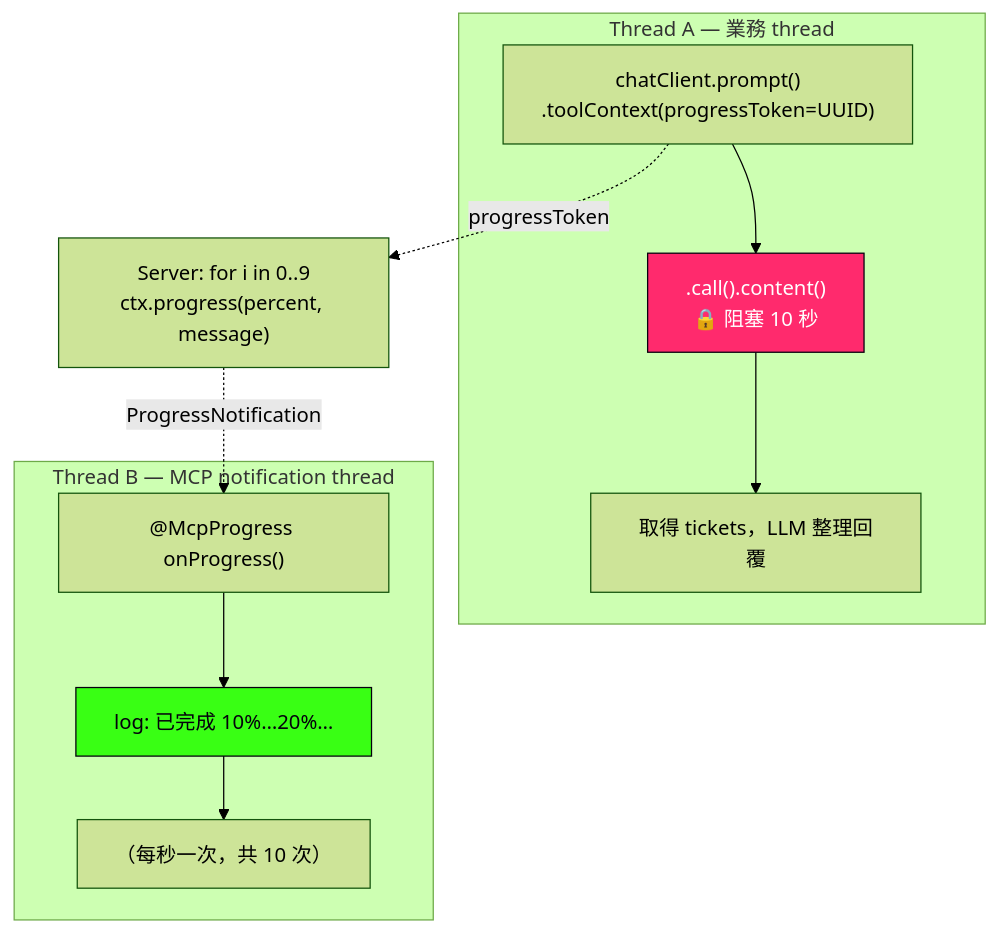
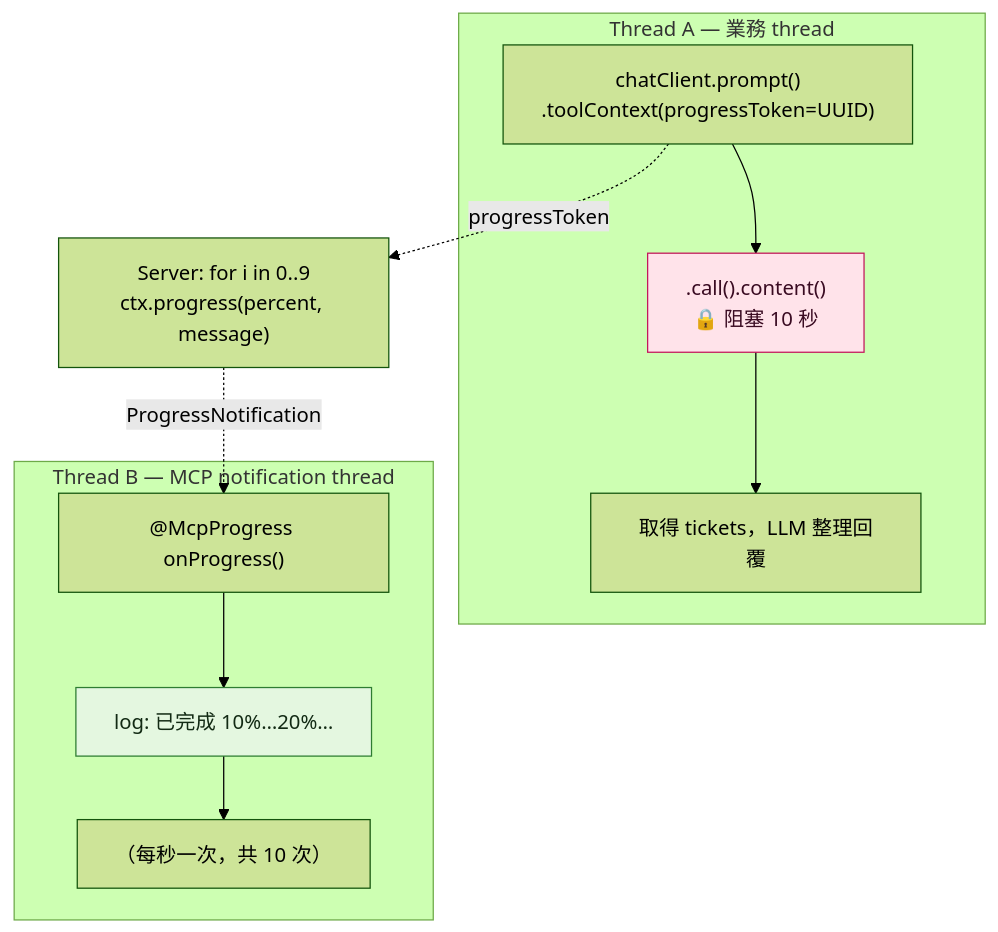
The third of 4 diagrams in README.md (tonysk0210/springai-mcp-stdio), drawn with Mermaid (forest theme) before and after one commit. The commit also changed other lines of this file, not shown here.

````diff
--- a/README.md
+++ b/README.md
@@ -143,17 +143,17 @@
 ```mermaid
 flowchart TB
     subgraph T1["Thread A — 業務 thread"]
         A1["chatClient.prompt()<br/>.toolContext(progressToken=UUID)"] --> A2[".call().content()<br/>🔒 阻塞 10 秒"]
         A2 --> A3["取得 tickets，LLM 整理回覆"]
     end
     subgraph T2["Thread B — MCP notification thread"]
         B1["@McpProgress onProgress()"] --> B2["log: 已完成 10%…20%…"]
         B2 --> B3["（每秒一次，共 10 次）"]
     end
     S["Server: for i in 0..9<br/>ctx.progress(percent, message)"]
     A1 -.progressToken.-> S
     S -.ProgressNotification.-> B1
 
-    style A2 fill:#ff2a6d,stroke:#05010d,color:#ffffff
-    style B2 fill:#39ff14,stroke:#05010d,color:#05010d
+    style A2 fill:#ffe3ea,stroke:#c2185b,color:#3a0b22
+    style B2 fill:#e4f7e0,stroke:#2e7d32,color:#122a14
 ```
````
